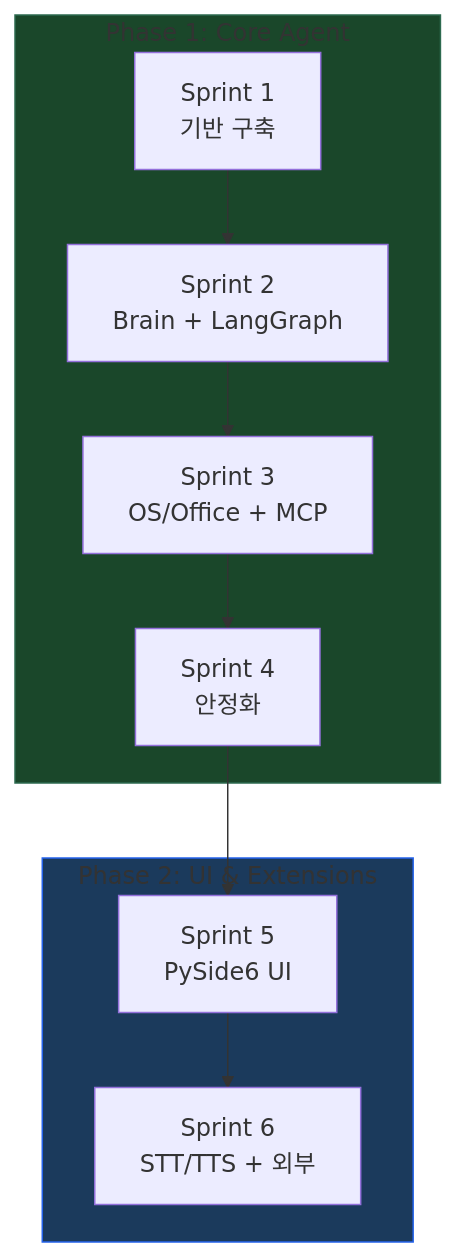
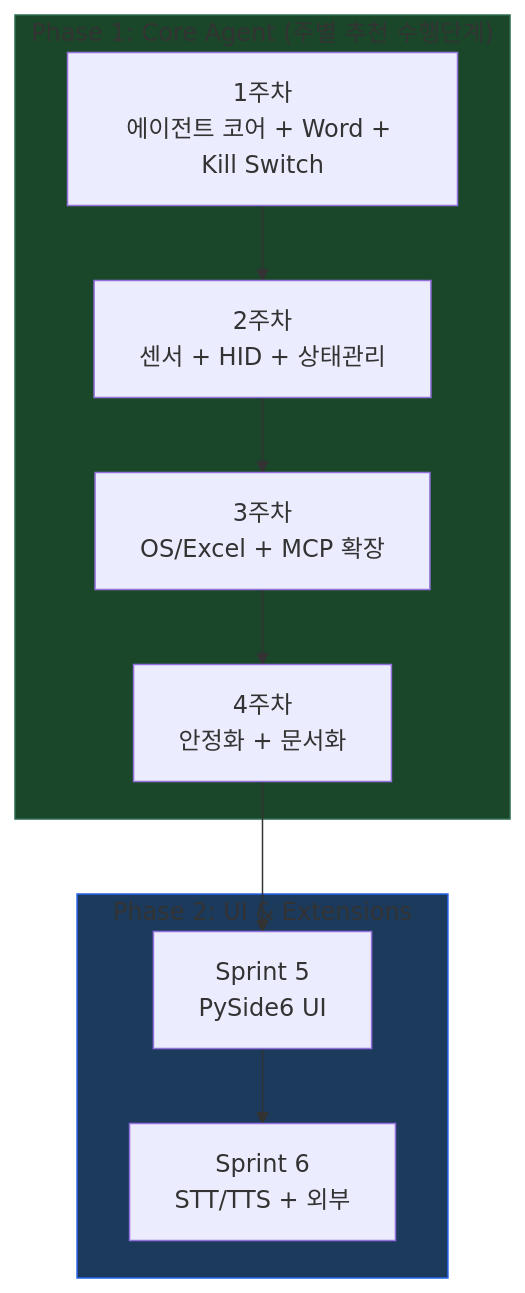
The first of 2 diagrams in docs/development_plan.md (hazyala/desktop-pet-agent), drawn with Mermaid before and after one commit. The commit also changed other lines of this file and 31 other files, not shown here.

Commit message:
계발 계획 수정 및 간단한 에이전트 및 MCP, MS word 제어 구축

````diff
--- a/docs/development_plan.md
+++ b/docs/development_plan.md
@@ -221,30 +195,30 @@
 ```mermaid
 graph TB
-    S1["Sprint 1<br/>기반 구축"]
-    S2["Sprint 2<br/>Brain + LangGraph"]
-    S3["Sprint 3<br/>OS/Office + MCP"]
-    S4["Sprint 4<br/>안정화"]
+    W1["1주차<br/>에이전트 코어 + Word + Kill Switch"]
+    W2["2주차<br/>센서 + HID + 상태관리"]
+    W3["3주차<br/>OS/Excel + MCP 확장"]
+    W4["4주차<br/>안정화 + 문서화"]
     S5["Sprint 5<br/>PySide6 UI"]
     S6["Sprint 6<br/>STT/TTS + 외부"]
 
-    S1 --> S2
-    S2 --> S3
-    S3 --> S4
-    S4 --> S5
+    W1 --> W2
+    W2 --> W3
+    W3 --> W4
+    W4 --> S5
     S5 --> S6
 
-    subgraph Phase1["Phase 1: Core Agent"]
-        S1
-        S2
-        S3
-        S4
+    subgraph Phase1["Phase 1: Core Agent (주별 추천 수행단계)"]
+        W1
+        W2
+        W3
+        W4
     end
 
     subgraph Phase2["Phase 2: UI & Extensions"]
         S5
         S6
     end
 
     style Phase1 fill:#1a472a,stroke:#2d6a4f
     style Phase2 fill:#1b3a5c,stroke:#2563eb
 ```
````
